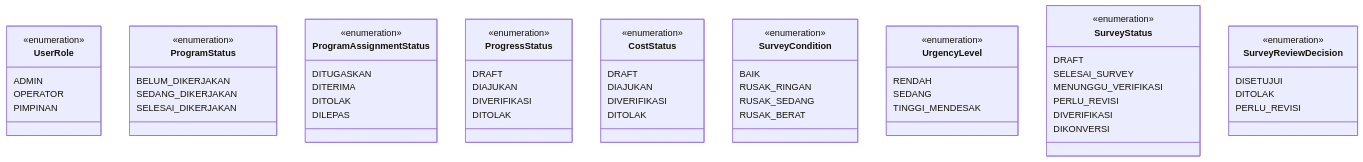
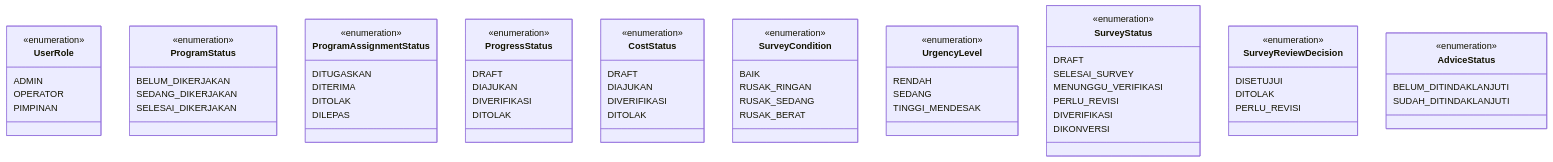
Before and after one commit to KimAkimMan/kp: the second of 2 diagrams in docs/Class_Diagram_SIMP_Kuningan_v3_Utuh.md, drawn with Mermaid. The commit also changed other lines of this file and 1 other file, not shown here.

````diff
--- a/docs/Class_Diagram_SIMP_Kuningan_v3_Utuh.md
+++ b/docs/Class_Diagram_SIMP_Kuningan_v3_Utuh.md
@@ -404,72 +396,78 @@
 ```mermaid
 classDiagram
     class UserRole {
         <<enumeration>>
         ADMIN
         OPERATOR
         PIMPINAN
     }
 
     class ProgramStatus {
         <<enumeration>>
         BELUM_DIKERJAKAN
         SEDANG_DIKERJAKAN
         SELESAI_DIKERJAKAN
     }
 
     class ProgramAssignmentStatus {
         <<enumeration>>
         DITUGASKAN
         DITERIMA
         DITOLAK
         DILEPAS
     }
 
     class ProgressStatus {
         <<enumeration>>
         DRAFT
         DIAJUKAN
         DIVERIFIKASI
         DITOLAK
     }
 
     class CostStatus {
         <<enumeration>>
         DRAFT
         DIAJUKAN
         DIVERIFIKASI
         DITOLAK
     }
 
     class SurveyCondition {
         <<enumeration>>
         BAIK
         RUSAK_RINGAN
         RUSAK_SEDANG
         RUSAK_BERAT
     }
 
     class UrgencyLevel {
         <<enumeration>>
         RENDAH
         SEDANG
         TINGGI_MENDESAK
     }
 
     class SurveyStatus {
         <<enumeration>>
         DRAFT
         SELESAI_SURVEY
         MENUNGGU_VERIFIKASI
         PERLU_REVISI
         DIVERIFIKASI
         DIKONVERSI
     }
 
     class SurveyReviewDecision {
         <<enumeration>>
         DISETUJUI
         DITOLAK
         PERLU_REVISI
     }
+
+    class AdviceStatus {
+        <<enumeration>>
+        BELUM_DITINDAKLANJUTI
+        SUDAH_DITINDAKLANJUTI
+    }
 ```
````
